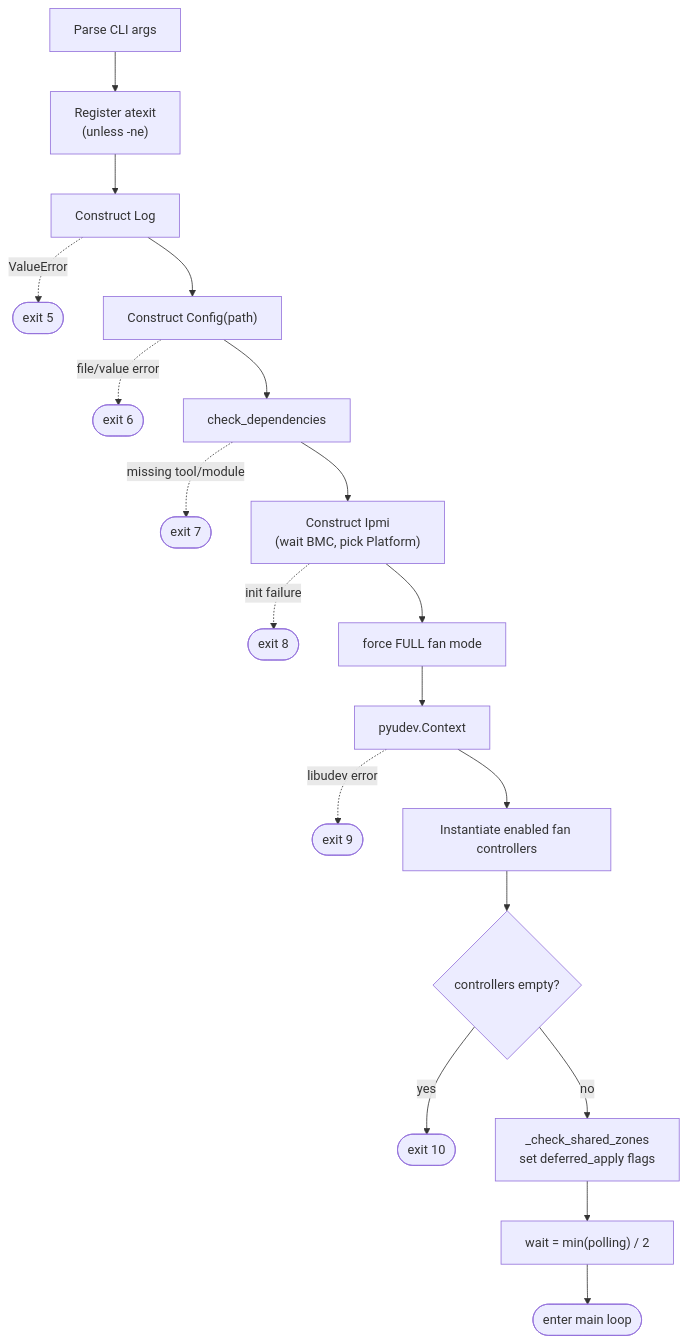
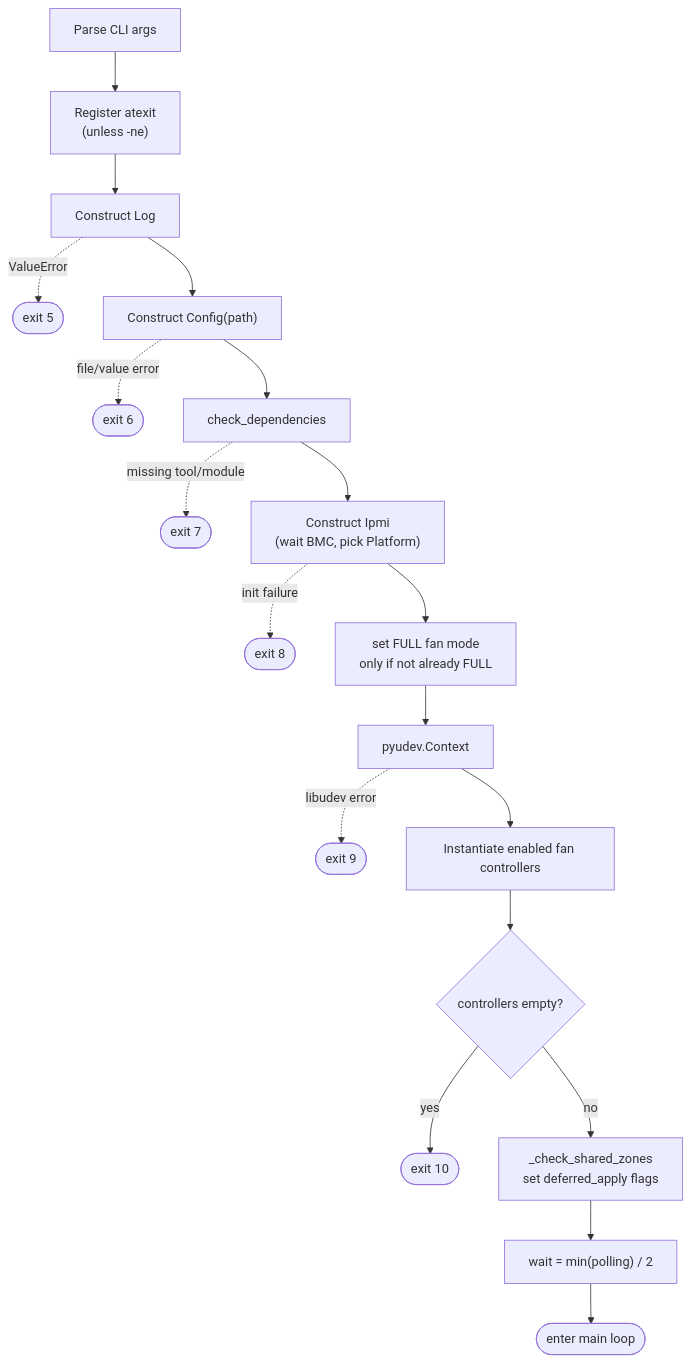
One commit to petersulyok/smfc changed the sixth of 11 diagrams in ARCHITECTURE.md. Above: the diagram before and after it, drawn with Mermaid. The commit also changed other lines of this file and 2 other files, not shown here.

First line of the commit message:
Changed: set FULL fan mode at startup only when BMC is not already FULL

````diff
--- a/ARCHITECTURE.md
+++ b/ARCHITECTURE.md
@@ -571,21 +585,21 @@
 ```mermaid
 flowchart TD
     A[Parse CLI args] --> B["Register atexit<br/>(unless -ne)"]
     B --> C[Construct Log]
     C -. "ValueError" .-> X5([exit 5])
     C --> D["Construct Config(path)"]
     D -. "file/value error" .-> X6([exit 6])
     D --> E[check_dependencies]
     E -. "missing tool/module" .-> X7([exit 7])
     E --> F["Construct Ipmi<br/>(wait BMC, pick Platform)"]
     F -. "init failure" .-> X8([exit 8])
-    F --> G[force FULL fan mode]
+    F --> G["set FULL fan mode<br/>only if not already FULL"]
     G --> H[pyudev.Context]
     H -. "libudev error" .-> X9([exit 9])
     H --> I[Instantiate enabled fan controllers]
     I --> J{controllers empty?}
     J -- yes --> X10([exit 10])
     J -- no --> K["_check_shared_zones<br/>set deferred_apply flags"]
     K --> L["wait = min(polling) / 2"]
     L --> M([enter main loop])
 ```
````
